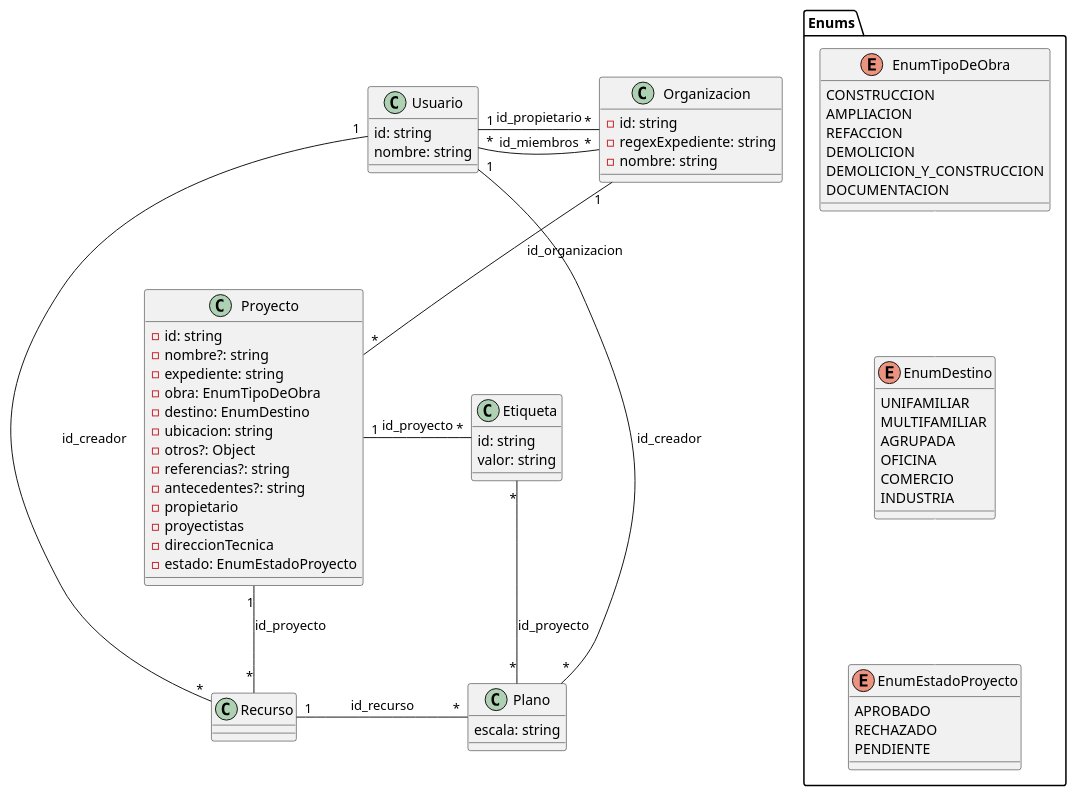
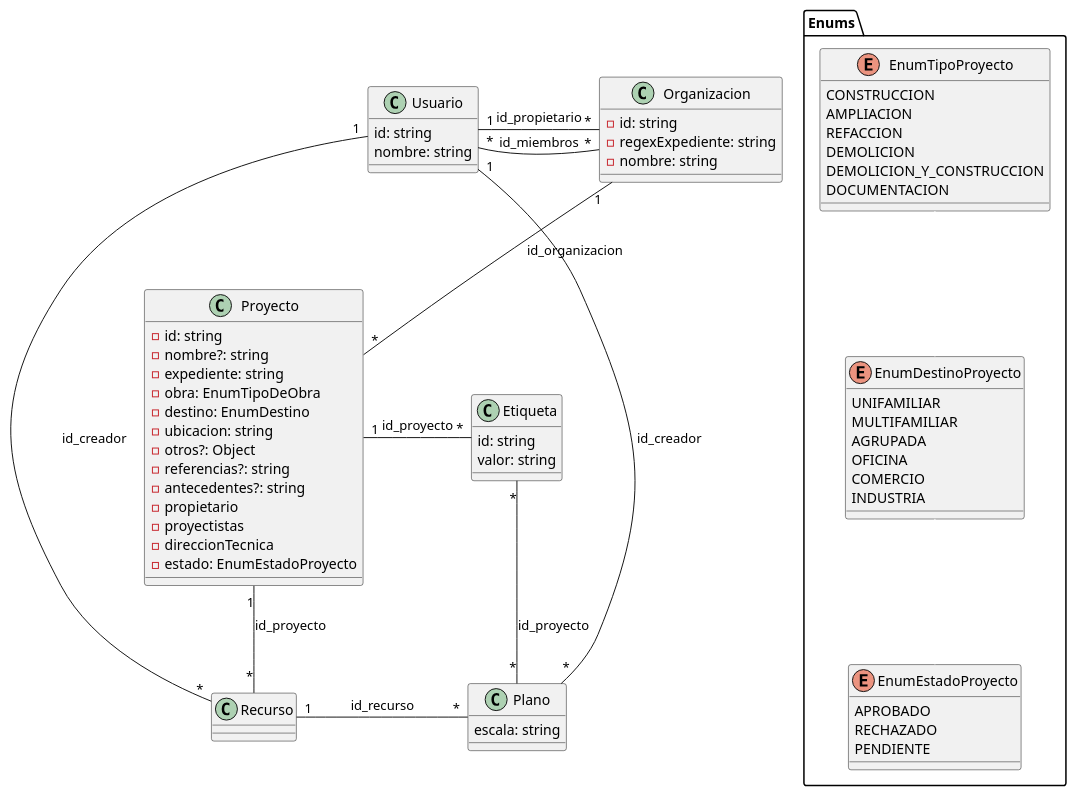
One commit to msilenzi/iaw-floorplan-backend changed the diagram in db.puml. Above: the diagram before and after it, drawn with PlantUML. The commit also changed 4 other files, not shown here.

```diff
--- a/db.puml
+++ b/db.puml
@@ -1,91 +1,91 @@
 @startuml db
 
 ' hide the spot
 ' hide circle
 
 package Enums {
-  enum EnumTipoDeObra {
+  enum EnumTipoProyecto {
     CONSTRUCCION
     AMPLIACION
     REFACCION
     DEMOLICION
     DEMOLICION_Y_CONSTRUCCION
     DOCUMENTACION
   }
 
-  enum EnumDestino {
+  enum EnumDestinoProyecto {
     UNIFAMILIAR
     MULTIFAMILIAR
     AGRUPADA
     OFICINA
     COMERCIO
     INDUSTRIA
   }
 
   enum EnumEstadoProyecto {
     APROBADO
     RECHAZADO
     PENDIENTE
   }
 
-  EnumTipoDeObra -[#f000]- EnumDestino
+  EnumTipoProyecto -[#f000]- EnumDestinoProyecto
 
-  EnumDestino -[#f000]- EnumEstadoProyecto
+  EnumDestinoProyecto -[#f000]- EnumEstadoProyecto
 }
 
 class Usuario {
   id: string
   nombre: string
 }
 
 class Proyecto {
   - id: string
   - nombre?: string
   - expediente: string
   - obra: EnumTipoDeObra
   - destino: EnumDestino
   - ubicacion: string
   - otros?: Object
   - referencias?: string
   - antecedentes?: string
   - propietario
   - proyectistas
   - direccionTecnica
   - estado: EnumEstadoProyecto
 }
 
 class Organizacion {
   - id: string
   - regexExpediente: string
   - nombre: string
 }
 
 class Etiqueta {
   id: string
   valor: string
 }
 
 class Plano {
   escala: string
 
 }
 
 Usuario "1" - "*" Organizacion : id_propietario
 
 Organizacion "*" - "*" Usuario : id_miembros
 
 Organizacion "1" -- "*" Proyecto : id_organizacion
 
 Proyecto "1" -- "*" Recurso : id_proyecto
 
 Recurso "1" - "*" Plano : id_recurso
 
 Proyecto "1" - "*" Etiqueta : id_proyecto
 
 Etiqueta "*" - "*" Plano : id_proyecto
 
 Usuario "1" -- "*" Recurso : id_creador
 
 Usuario "1" -- "*" Plano : id_creador
 
 @enduml
```
